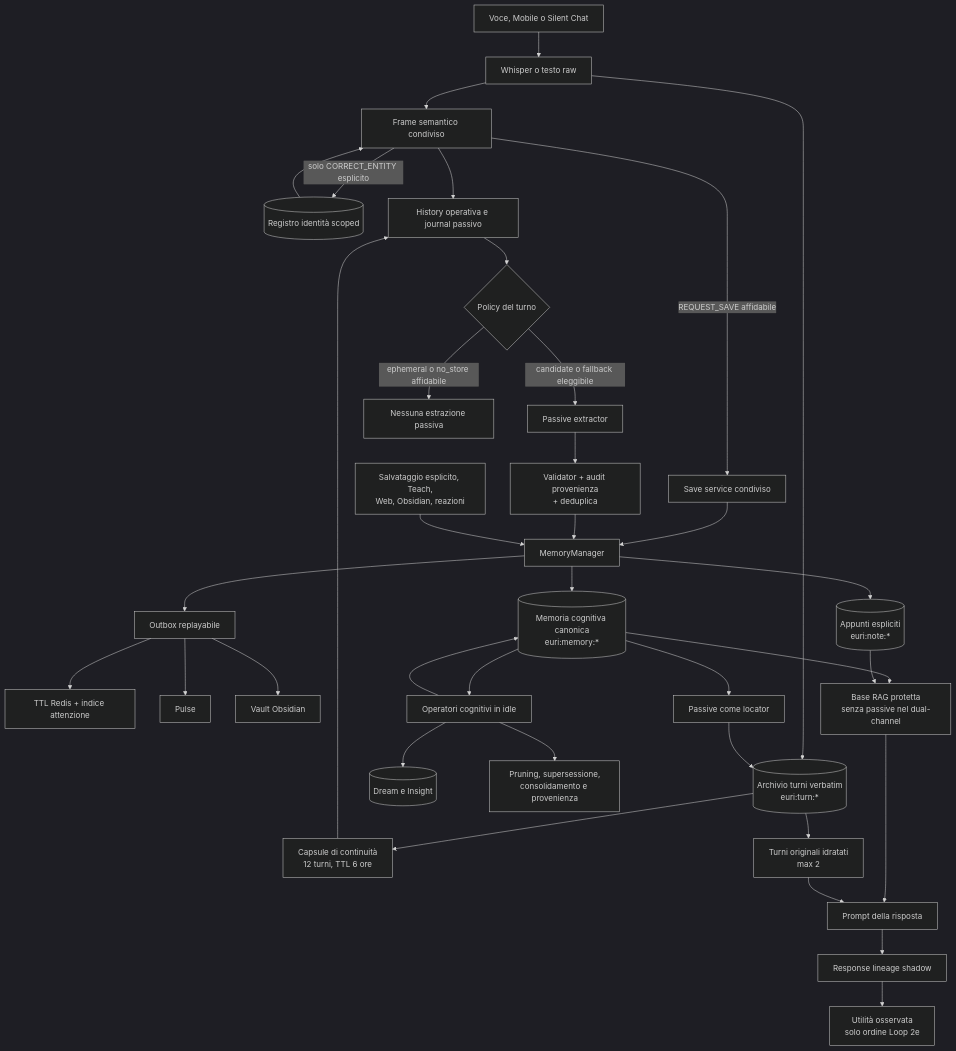
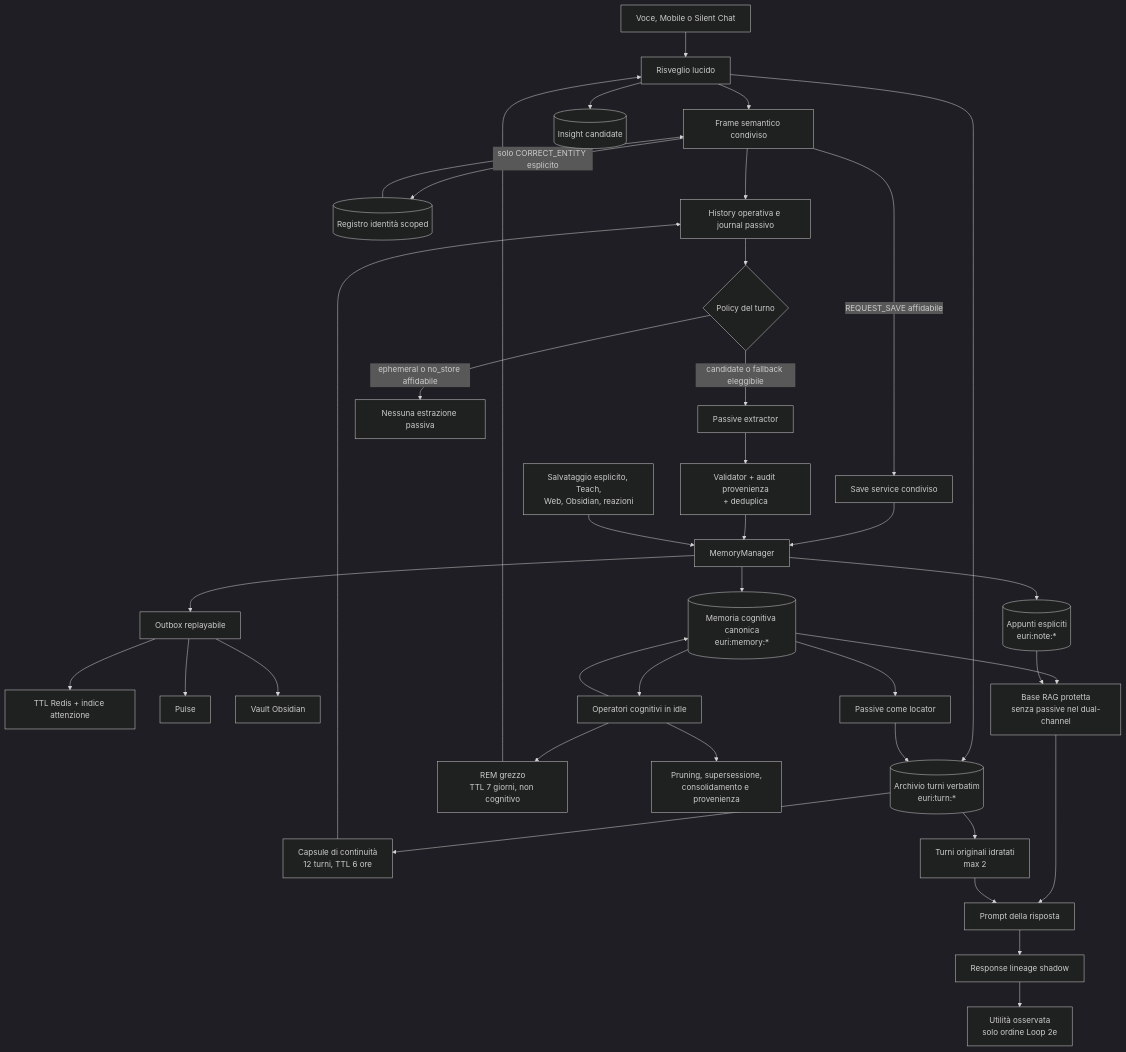
Before and after one commit to fioruccione/euri: the first of 4 diagrams in docs/EURI_MEMORY_ARCHITECTURE.md, drawn with Mermaid (dark theme). The commit also changed other lines of this file and 11 other files, not shown here.

Commit message:
Separate Dream REM from lucid wake

````diff
--- a/docs/EURI_MEMORY_ARCHITECTURE.md
+++ b/docs/EURI_MEMORY_ARCHITECTURE.md
@@ -30,41 +30,43 @@
 ```mermaid
 flowchart TB
     U[Voce, Mobile o Silent Chat] --> W[Whisper o testo raw]
     W --> S[Frame semantico condiviso]
     W --> T[(Archivio turni verbatim<br/>euri:turn:*)]
     S -->|solo CORRECT_ENTITY esplicito| AR[(Registro identità scoped)]
     AR --> S
     S --> H[History operativa e journal passivo]
     S -->|REQUEST_SAVE affidabile| SV[Save service condiviso]
     SV --> M
     T --> C[Capsule di continuità<br/>12 turni, TTL 6 ore]
     C --> H
 
     H --> P{Policy del turno}
     P -->|candidate o fallback eleggibile| E[Passive extractor]
     P -->|ephemeral o no_store affidabile| X[Nessuna estrazione passiva]
     E --> V[Validator + audit provenienza<br/>+ deduplica]
     V --> M[MemoryManager]
     A[Salvataggio esplicito, Teach,<br/>Web, Obsidian, reazioni] --> M
     M --> J[(Memoria cognitiva canonica<br/>euri:memory:*)]
     M --> N[(Appunti espliciti<br/>euri:note:*)]
     M --> O[Outbox replayabile]
     O --> TTL[TTL Redis + indice attenzione]
     O --> PU[Pulse]
     O --> OB[Vault Obsidian]
 
     J --> R[Base RAG protetta<br/>senza passive nel dual-channel]
     N --> R
     J --> L[Passive come locator]
     L --> T
     T --> D[Turni originali idratati<br/>max 2]
     R --> Q[Prompt della risposta]
     D --> Q
     Q --> RL[Response lineage shadow]
     RL --> UT[Utilità osservata<br/>solo ordine Loop 2e]
 
     J --> DR[Operatori cognitivi in idle]
     DR --> J
-    DR --> I[(Dream e Insight)]
+    DR --> REM[REM grezzo<br/>TTL 7 giorni, non cognitivo]
+    REM --> W[Risveglio lucido]
+    W --> I[(Insight candidate)]
     DR --> PR[Pruning, supersessione,<br/>consolidamento e provenienza]
 ```
````
